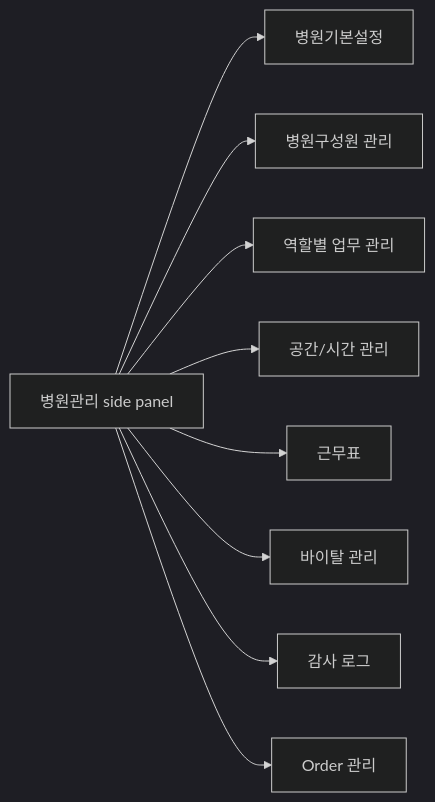
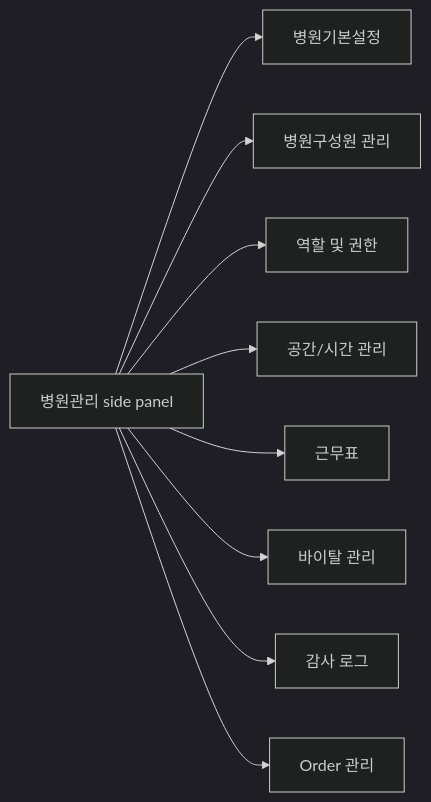
The diagram in docs/design/screens/hospital-admin/hospital-admin-settings-hub-ux.md (mcso0/emr-app-shell-prototype), drawn with Mermaid (dark theme) before and after one commit. The commit also changed other lines of this file and 16 other files, not shown here.

````diff
--- a/docs/design/screens/hospital-admin/hospital-admin-settings-hub-ux.md
+++ b/docs/design/screens/hospital-admin/hospital-admin-settings-hub-ux.md
@@ -30,11 +31,11 @@
 ```mermaid
 flowchart LR
   A["병원관리 side panel"] --> B["병원기본설정"]
   A --> C["병원구성원 관리"]
-  A --> D["역할별 업무 관리"]
+  A --> D["역할 및 권한"]
   A --> E["공간/시간 관리"]
   A --> F["근무표"]
   A --> G["바이탈 관리"]
   A --> H["감사 로그"]
   A --> I["Order 관리"]
 ```
````
